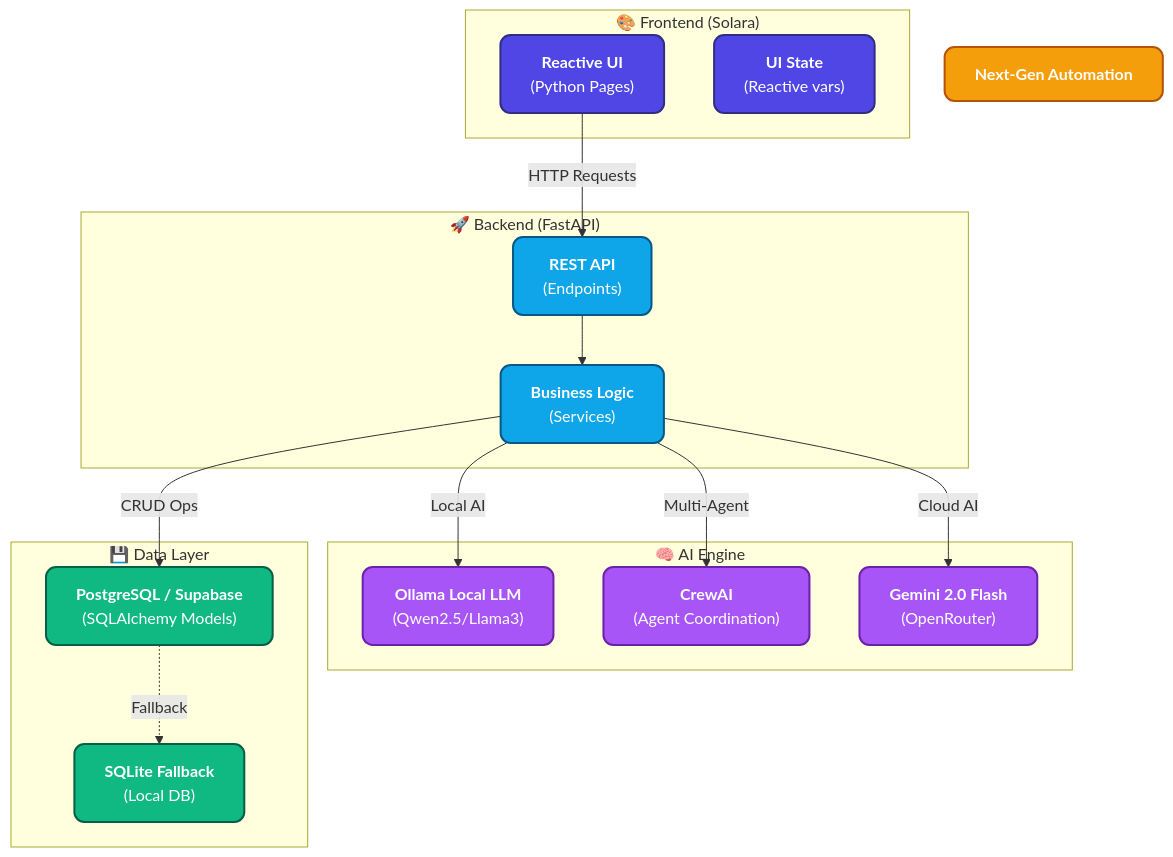
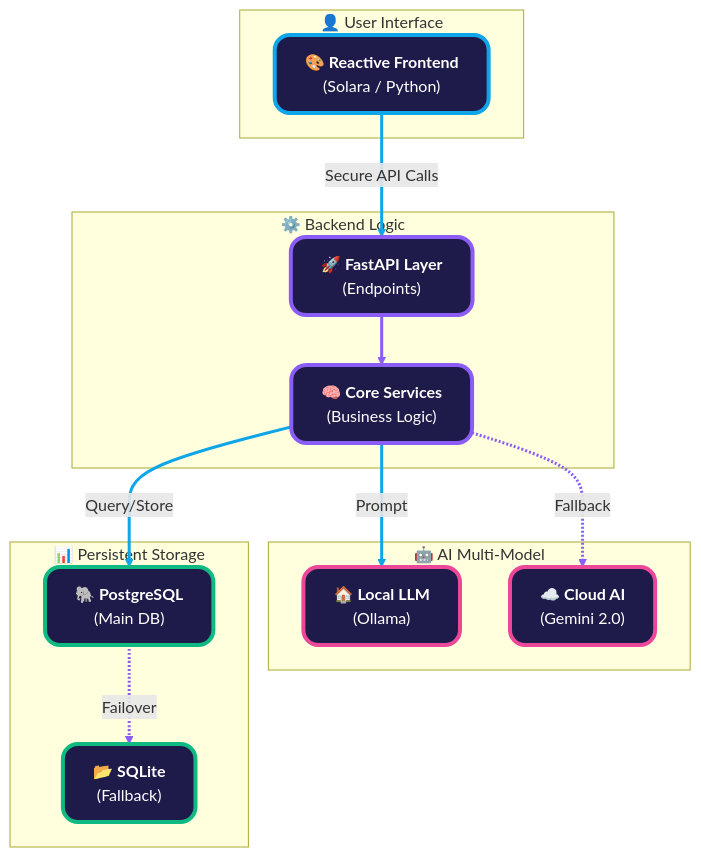
One commit to keshavmishra27/BlueprintAI changed the first of 2 diagrams in README.md. Above: the diagram before and after it, drawn with Mermaid. The commit also changed other lines of this file, not shown here.

Commit message:
Redesign README flowcharts with Neon High-Contrast aesthetic for better visibility

````diff
--- a/README.md
+++ b/README.md
@@ -28,42 +24,40 @@
 ```mermaid
 graph TD
-    %% Styling
-    classDef primary fill:#4f46e5,stroke:#312e81,stroke-width:2px,color:#fff,rx:10,ry:10;
-    classDef secondary fill:#0ea5e9,stroke:#075985,stroke-width:2px,color:#fff,rx:10,ry:10;
-    classDef ai fill:#a855f7,stroke:#6b21a8,stroke-width:2px,color:#fff,rx:10,ry:10;
-    classDef storage fill:#10b981,stroke:#065f46,stroke-width:2px,color:#fff,rx:10,ry:10;
-    classDef highlight fill:#f59e0b,stroke:#b45309,stroke-width:2px,color:#fff,rx:10,ry:10;
+    %% Styling for High Contrast Neon
+    classDef frontend fill:#1e1b4b,stroke:#0ea5e9,stroke-width:4px,color:#fff,rx:15,ry:15;
+    classDef backend fill:#1e1b4b,stroke:#8b5cf6,stroke-width:4px,color:#fff,rx:15,ry:15;
+    classDef ai fill:#1e1b4b,stroke:#ec4899,stroke-width:4px,color:#fff,rx:15,ry:15;
+    classDef db fill:#1e1b4b,stroke:#10b981,stroke-width:4px,color:#fff,rx:15,ry:15;
+    classDef cloud fill:#1e1b4b,stroke:#f59e0b,stroke-width:4px,color:#fff,rx:15,ry:15;
 
-    subgraph Frontend ["🎨 Frontend (Solara)"]
-        UI["<b>Reactive UI</b><br/>(Python Pages)"]:::primary
-        State["<b>UI State</b><br/>(Reactive vars)"]:::primary
+    subgraph UserZone ["👤 User Interface"]
+        UI["🎨 <b>Reactive Frontend</b><br/>(Solara / Python)"]:::frontend
     end
 
-    subgraph Backend ["🚀 Backend (FastAPI)"]
-        API["<b>REST API</b><br/>(Endpoints)"]:::secondary
-        Logic["<b>Business Logic</b><br/>(Services)"]:::secondary
+    subgraph ServiceZone ["⚙️ Backend Logic"]
+        API["🚀 <b>FastAPI Layer</b><br/>(Endpoints)"]:::backend
+        Biz["🧠 <b>Core Services</b><br/>(Business Logic)"]:::backend
     end
 
-    subgraph Intelligence ["🧠 AI Engine"]
-        Ollama["<b>Ollama Local LLM</b><br/>(Qwen2.5/Llama3)"]:::ai
-        CrewAI["<b>CrewAI</b><br/>(Agent Coordination)"]:::ai
-        Gemini["<b>Gemini 2.0 Flash</b><br/>(OpenRouter)"]:::ai
+    subgraph IntelligenceZone ["🤖 AI Multi-Model"]
+        Ollama["🏠 <b>Local LLM</b><br/>(Ollama)"]:::ai
+        Gemini["☁️ <b>Cloud AI</b><br/>(Gemini 2.0)"]:::ai
     end
 
-    subgraph Data ["💾 Data Layer"]
-        DB["<b>PostgreSQL / Supabase</b><br/>(SQLAlchemy Models)"]:::storage
-        SQLite["<b>SQLite Fallback</b><br/>(Local DB)"]:::storage
+    subgraph DataZone ["📊 Persistent Storage"]
+        PG["🐘 <b>PostgreSQL</b><br/>(Main DB)"]:::db
+        SQL["📂 <b>SQLite</b><br/>(Fallback)"]:::db
     end
 
-    %% Connections
-    UI -->|HTTP Requests| API
-    API --> Logic
-    Logic -->|CRUD Ops| DB
-    Logic -->|Local AI| Ollama
-    Logic -->|Multi-Agent| CrewAI
-    Logic -->|Cloud AI| Gemini
-    DB -.->|Fallback| SQLite
-    
-    %% Legend/Highlight
-    FeatureFlow["<b>Next-Gen Automation</b>"]:::highlight
+    %% Flow Connections with Neon Styling
+    UI ==>|Secure API Calls| API
+    API --> Biz
+    Biz ==>|Query/Store| PG
+    PG -.->|Failover| SQL
+    Biz ==>|Prompt| Ollama
+    Biz -.->|Fallback| Gemini
+
+    %% Link Styling
+    linkStyle 0,2,4 stroke:#0ea5e9,stroke-width:3px;
+    linkStyle 1,3,5 stroke:#8b5cf6,stroke-width:3px;
 ```
````
